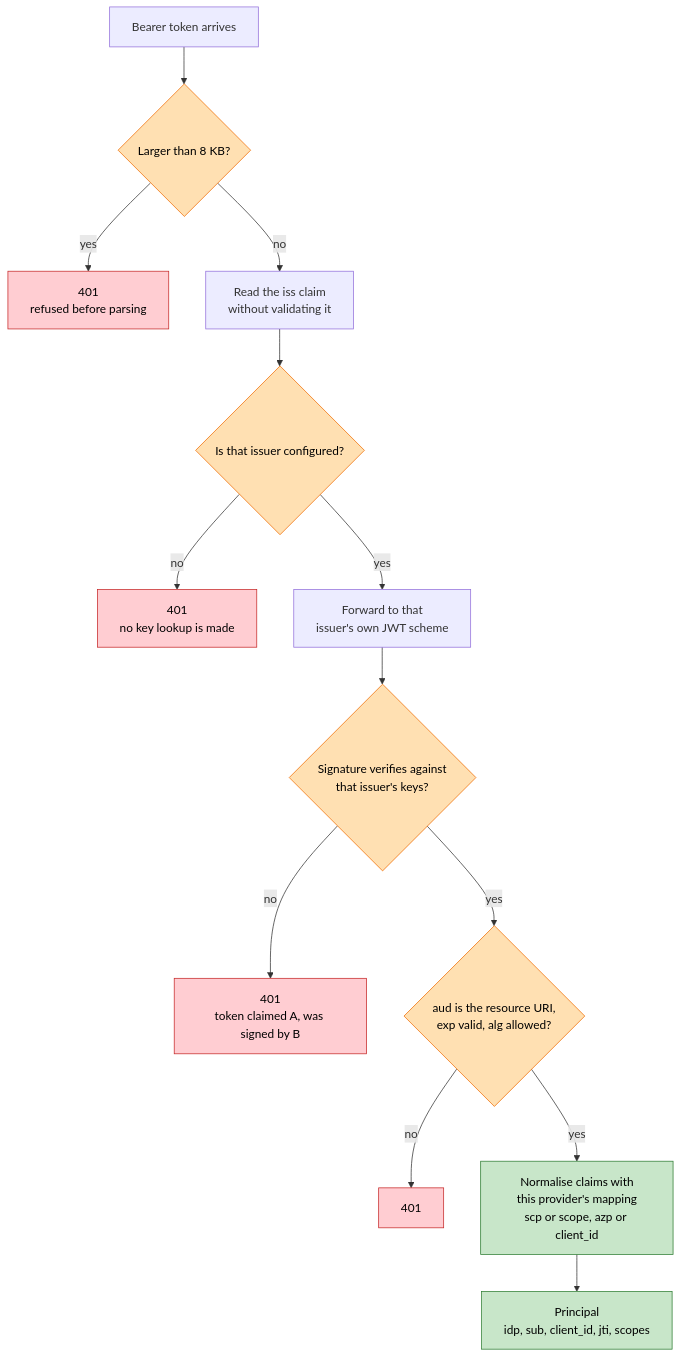
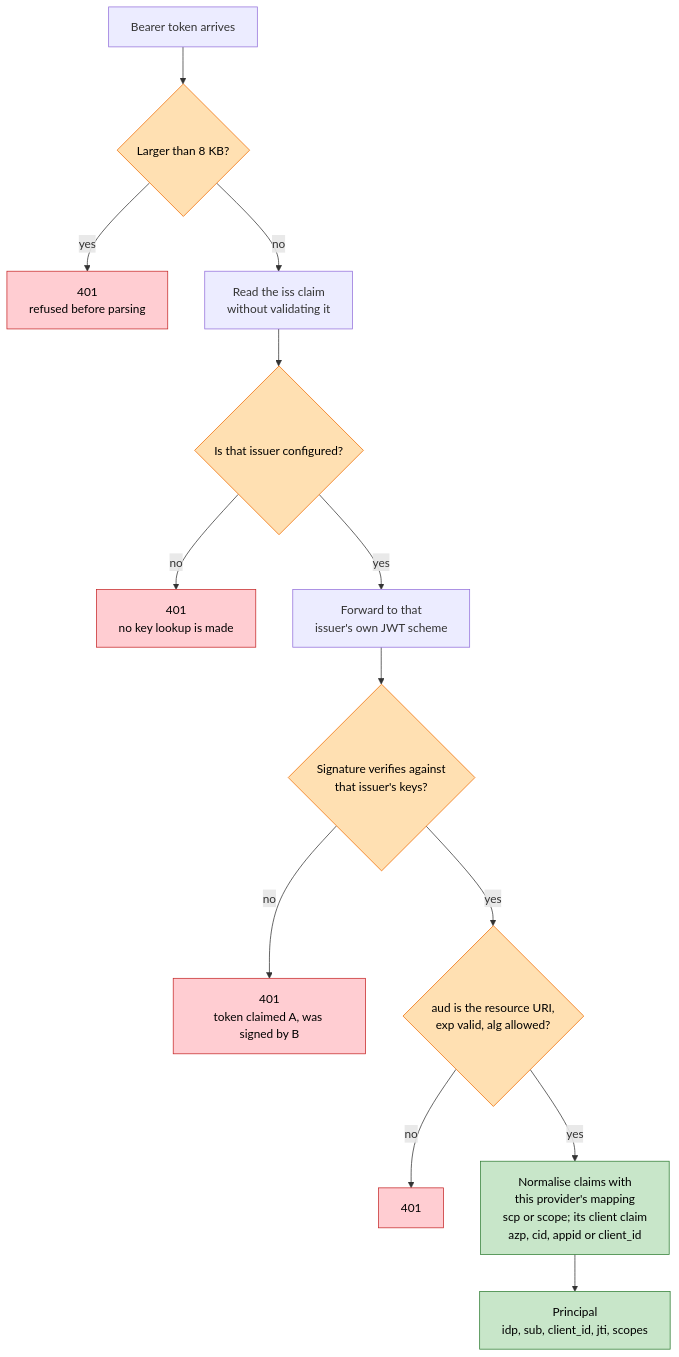
One commit to oskarc/MCPExtensibleTemplate changed the fourth of 17 diagrams in docs/07-SECURITY-FLOWCHARTS.md. Above: the diagram before and after it, drawn with Mermaid. The commit also changed 26 other files, not shown here.

````diff
--- a/docs/07-SECURITY-FLOWCHARTS.md
+++ b/docs/07-SECURITY-FLOWCHARTS.md
@@ -201,22 +201,22 @@
 ```mermaid
 flowchart TB
     T["Bearer token arrives"] --> S1{"Larger than 8 KB?"}
     S1 -->|"yes"| R1["401<br/>refused before parsing"]
     S1 -->|"no"| S2["Read the iss claim<br/>without validating it"]
     S2 --> S3{"Is that issuer configured?"}
     S3 -->|"no"| R2["401<br/>no key lookup is made"]
     S3 -->|"yes"| S4["Forward to that<br/>issuer's own JWT scheme"]
     S4 --> S5{"Signature verifies against<br/>that issuer's keys?"}
     S5 -->|"no"| R3["401<br/>token claimed A, was signed by B"]
     S5 -->|"yes"| S6{"aud is the resource URI,<br/>exp valid, alg allowed?"}
     S6 -->|"no"| R4["401"]
-    S6 -->|"yes"| S7["Normalise claims with<br/>this provider's mapping<br/>scp or scope, azp or client_id"]
+    S6 -->|"yes"| S7["Normalise claims with<br/>this provider's mapping<br/>scp or scope; its client claim<br/>azp, cid, appid or client_id"]
     S7 --> OUT["Principal<br/>idp, sub, client_id, jti, scopes"]
 
     classDef deny fill:#ffcdd2,stroke:#c62828,color:#000
     classDef gate fill:#ffe0b2,stroke:#ef6c00,color:#000
     classDef pass fill:#c8e6c9,stroke:#2e7d32,color:#000
     class R1,R2,R3,R4 deny
     class S1,S3,S5,S6 gate
     class OUT,S7 pass
 ```
````
